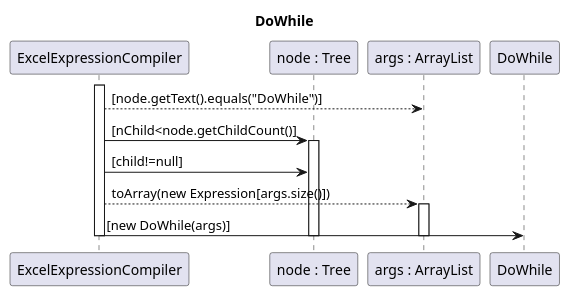
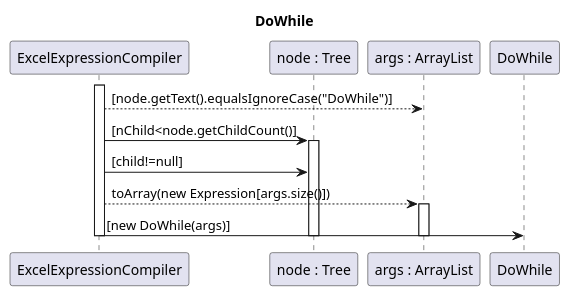
One commit to 1130348/Confusao changed the diagram in src/csheets/userstories/macros01_3/Eval_DoWhile_WhileDo/DesignDoWhile.puml. Above: the diagram before and after it, drawn with PlantUML. The commit also changed 2 other files, not shown here.

```diff
--- a/src/csheets/userstories/macros01_3/Eval_DoWhile_WhileDo/DesignDoWhile.puml
+++ b/src/csheets/userstories/macros01_3/Eval_DoWhile_WhileDo/DesignDoWhile.puml
@@ -1,26 +1,26 @@
 @startuml doc-files/macros0_03_DesignDoWhile.png
 title DoWhile
 
 participant ExcelExpressionCompiler as EEC
 participant "node : Tree" as NT
 participant "args : ArrayList" as AAL
 
 participant "DoWhile" as WD
 
 activate EEC
-EEC--> AAL: [node.getText().equals("DoWhile")]
+EEC--> AAL: [node.getText().equalsIgnoreCase("DoWhile")]
 
 EEC-> NT: [nChild<node.getChildCount()]
 activate NT
 
 EEC-> NT: [child!=null]
 
 EEC--> AAL: toArray(new Expression[args.size()])
 activate AAL
 
 EEC-> WD: [new DoWhile(args)]
 deactivate WD
 deactivate AAL
 deactivate NT
 deactivate EEC
 @enduml
```
